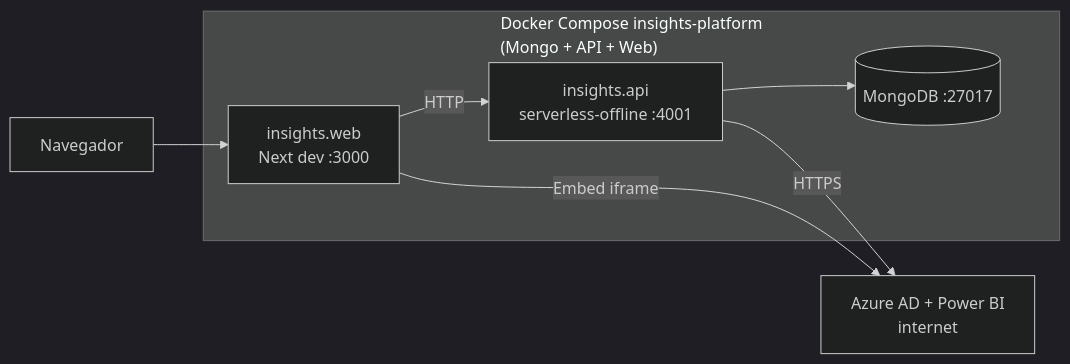
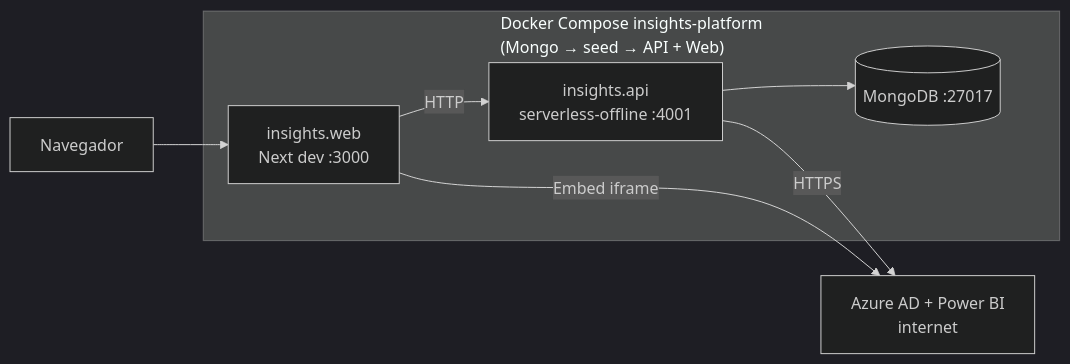
Before and after one commit to reluviari/insights-platform: the second of 3 diagrams in README.md, drawn with Mermaid (dark theme). The commit also changed other lines of this file and 5 other files, not shown here.

First line of the commit message:
chore(docker): mongo-seed na stack por defeito antes da API

````diff
--- a/README.md
+++ b/README.md
@@ -61,18 +61,18 @@
 ```mermaid
 graph LR
     Browser["Navegador"]
 
-    subgraph Compose["Docker Compose insights-platform\n(Mongo + API + Web)"]
+    subgraph Compose["Docker Compose insights-platform\n(Mongo → seed → API + Web)"]
         Web["insights.web\nNext dev :3000"]
         Api["insights.api\nserverless-offline :4001"]
         MongoLocal[("MongoDB :27017")]
     end
 
     MicrosoftCloud["Azure AD + Power BI\ninternet"]
 
     Browser --> Web
     Web -->|"HTTP"| Api
     Api --> MongoLocal
     Api -->|"HTTPS"| MicrosoftCloud
     Web -->|"Embed iframe"| MicrosoftCloud
 ```
````
